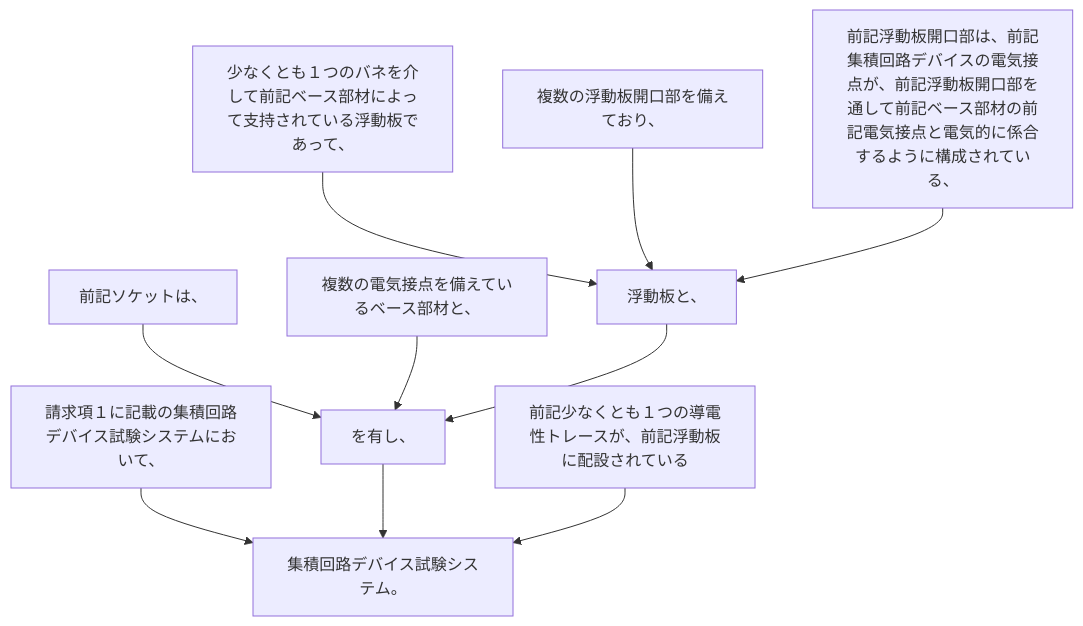
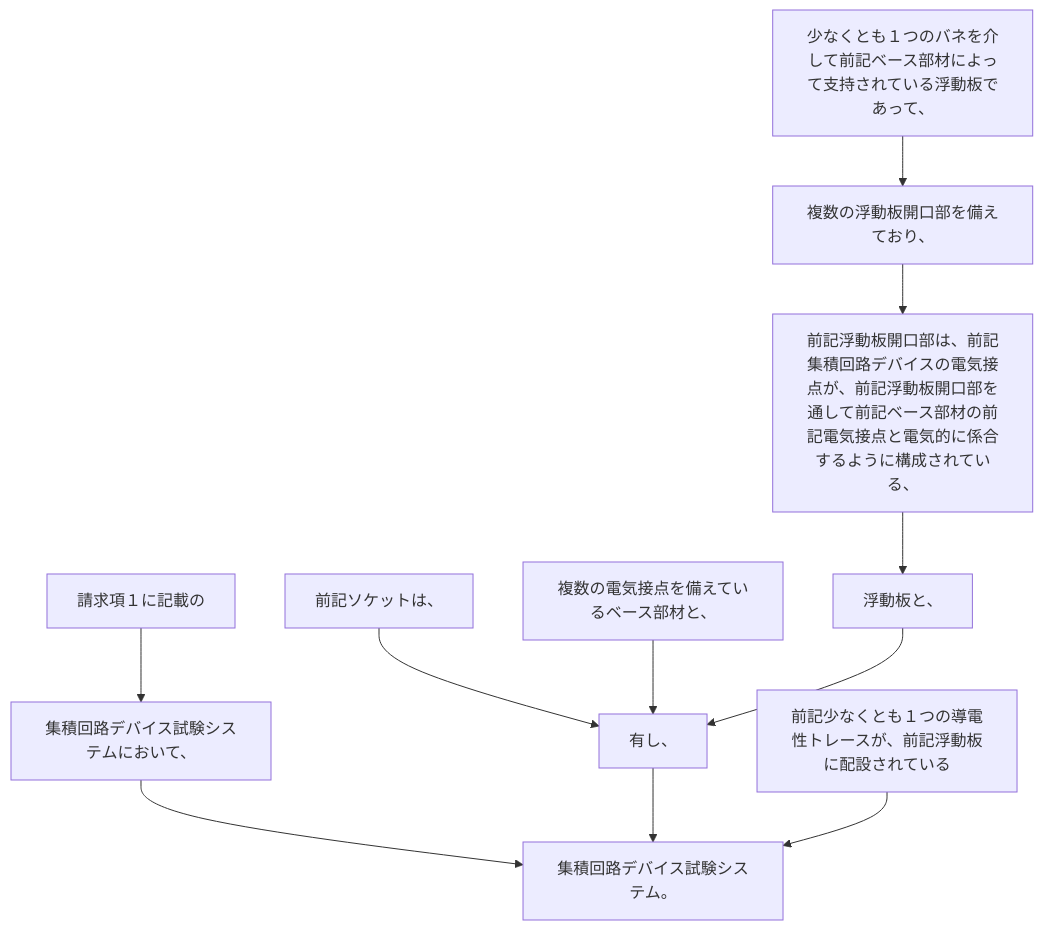
One commit to shinmori55/patent_analyzed changed the diagram in 2024/JP2024023283A/claim_8/README.md. Above: the diagram before and after it, drawn with Mermaid. The commit also changed 336 other files, not shown here.

````diff
--- a/2024/JP2024023283A/claim_8/README.md
+++ b/2024/JP2024023283A/claim_8/README.md
@@ -7,23 +7,24 @@
 ```mermaid
 flowchart TD
-A[請求項１に記載の集積回路デバイス試験システムにおいて、]
-B[前記ソケットは、]
-C[複数の電気接点を備えているベース部材と、]
-D[少なくとも１つのバネを介して前記ベース部材によって支持されている浮動板であって、]
-E[複数の浮動板開口部を備えており、]
-F[前記浮動板開口部は、前記集積回路デバイスの電気接点が、前記浮動板開口部を通して前記ベース部材の前記電気接点と電気的に係合するように構成されている、]
-G[浮動板と、]
-H[を有し、]
-I[前記少なくとも１つの導電性トレースが、前記浮動板に配設されている]
-J[集積回路デバイス試験システム。]
-
-A --> J
-B --> H
-C --> H
-D --> G
-E --> G
+A[請求項１に記載の]
+B[集積回路デバイス試験システムにおいて、]
+C[前記ソケットは、]
+D[複数の電気接点を備えているベース部材と、]
+E[少なくとも１つのバネを介して前記ベース部材によって支持されている浮動板であって、]
+F[複数の浮動板開口部を備えており、]
+G[前記浮動板開口部は、前記集積回路デバイスの電気接点が、前記浮動板開口部を通して前記ベース部材の前記電気接点と電気的に係合するように構成されている、]
+H[浮動板と、]
+I[有し、]
+J[前記少なくとも１つの導電性トレースが、前記浮動板に配設されている]
+K[集積回路デバイス試験システム。]
+A --> B
+B --> K
+C --> I
+D --> I
+E --> F
 F --> G
 G --> H
-H --> J
-I --> J
+H --> I
+I --> K
+J --> K
 ```
````
